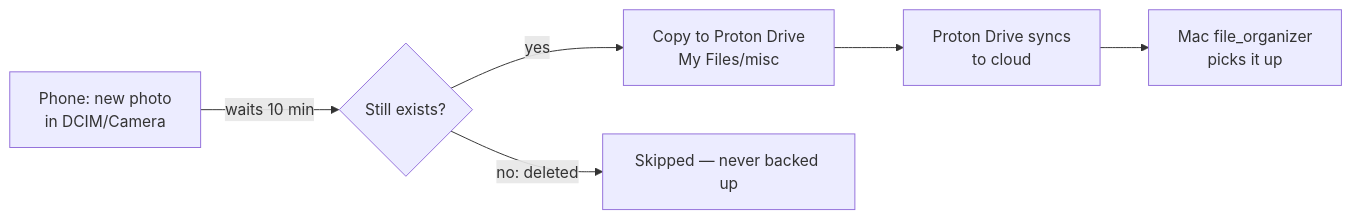
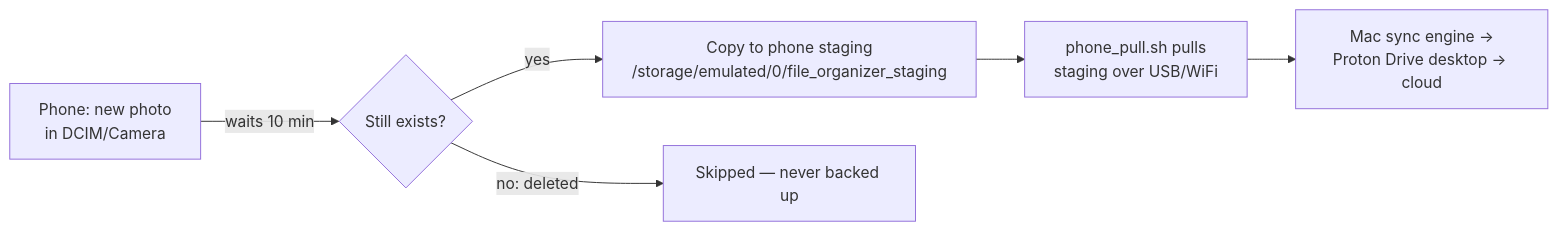
The diagram in README.md (pdxrod/file_organizer), drawn with Mermaid before and after one commit. The commit also changed other lines of this file and 4 other files, not shown here.

First line of the commit message:
feat: phone stages to shared storage; Mac pulls via ADB and uploads to Proton Drive

````diff
--- a/README.md
+++ b/README.md
@@ -328,8 +335,8 @@
 ```mermaid
 flowchart LR
     A[Phone: new photo<br/>in DCIM/Camera] -->|waits 10 min| B{Still exists?}
-    B -->|yes| C[Copy to Proton Drive<br/>My Files/misc]
+    B -->|yes| C[Copy to phone staging<br/>/storage/emulated/0/file_organizer_staging]
     B -->|no: deleted| D[Skipped — never backed up]
-    C --> E[Proton Drive syncs<br/>to cloud]
-    E --> F[Mac file_organizer<br/>picks it up]
+    C --> E[phone_pull.sh pulls<br/>staging over USB/WiFi]
+    E --> F[Mac sync engine →<br/>Proton Drive desktop → cloud]
 ```
````
